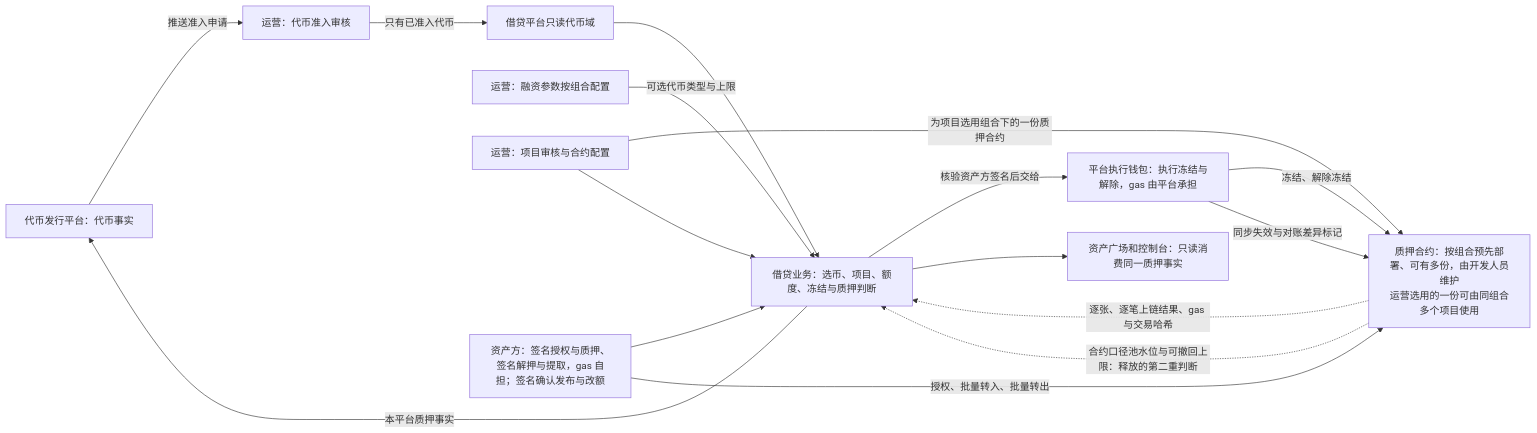
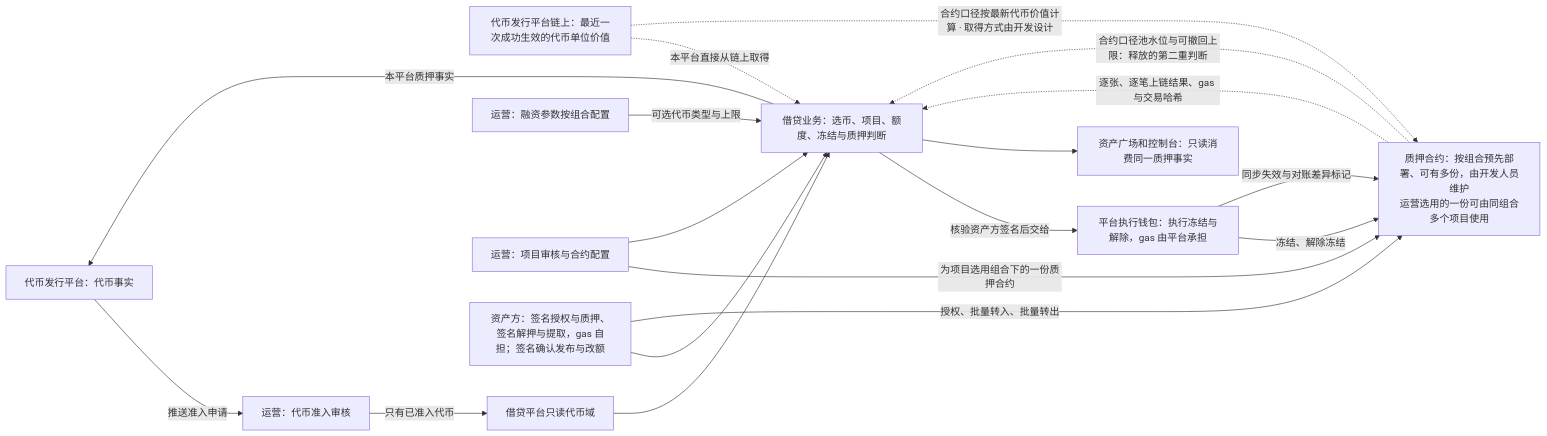
The fifth of 11 diagrams in lending-platform/PRD/面客端/05-借贷广场-融资需求与代币质押/02-融资需求与代币质押-流程图与状态机.md (wxblockchain/Chain-Financing), drawn with Mermaid before and after one commit. The commit also changed other lines of this file and 21 other files, not shown here.

````diff
--- a/lending-platform/PRD/面客端/05-借贷广场-融资需求与代币质押/02-融资需求与代币质押-流程图与状态机.md
+++ b/lending-platform/PRD/面客端/05-借贷广场-融资需求与代币质押/02-融资需求与代币质押-流程图与状态机.md
@@ -160,18 +161,20 @@
 ```mermaid
 flowchart LR
   A["代币发行平台：代币事实"] -->|"推送准入申请"| AD["运营：代币准入审核"]
+  UV["代币发行平台链上：最近一次成功生效的代币单位价值"] -.->|"本平台直接从链上取得"| C
+  UV -.->|"合约口径按最新代币价值计算 · 取得方式由开发设计"| X
   AD -->|"只有已准入代币"| B["借贷平台只读代币域"]
   B --> C["借贷业务：选币、项目、额度、冻结与质押判断"]
   P["运营：融资参数按组合配置"] -->|"可选代币类型与上限"| C
   D["运营：项目审核与合约配置"] -->|"为项目选用组合下的一份质押合约"| X
   D --> C
   E["资产方：签名授权与质押、签名解押与提取，gas 自担；签名确认发布与改额"] --> C
   PW["平台执行钱包：执行冻结与解除，gas 由平台承担"] -->|"冻结、解除冻结"| X
   C -->|"核验资产方签名后交给"| PW
   X["质押合约：按组合预先部署、可有多份，由开发人员维护<br/>运营选用的一份可由同组合多个项目使用"] -.->|"逐张、逐笔上链结果、gas 与交易哈希"| C
   E -->|"授权、批量转入、批量转出"| X
   PW -->|"同步失效与对账差异标记"| X
   X -.->|"合约口径池水位与可撤回上限：释放的第二重判断"| C
   C -->|"本平台质押事实"| A
   C --> F["资产广场和控制台：只读消费同一质押事实"]
 ```
````
